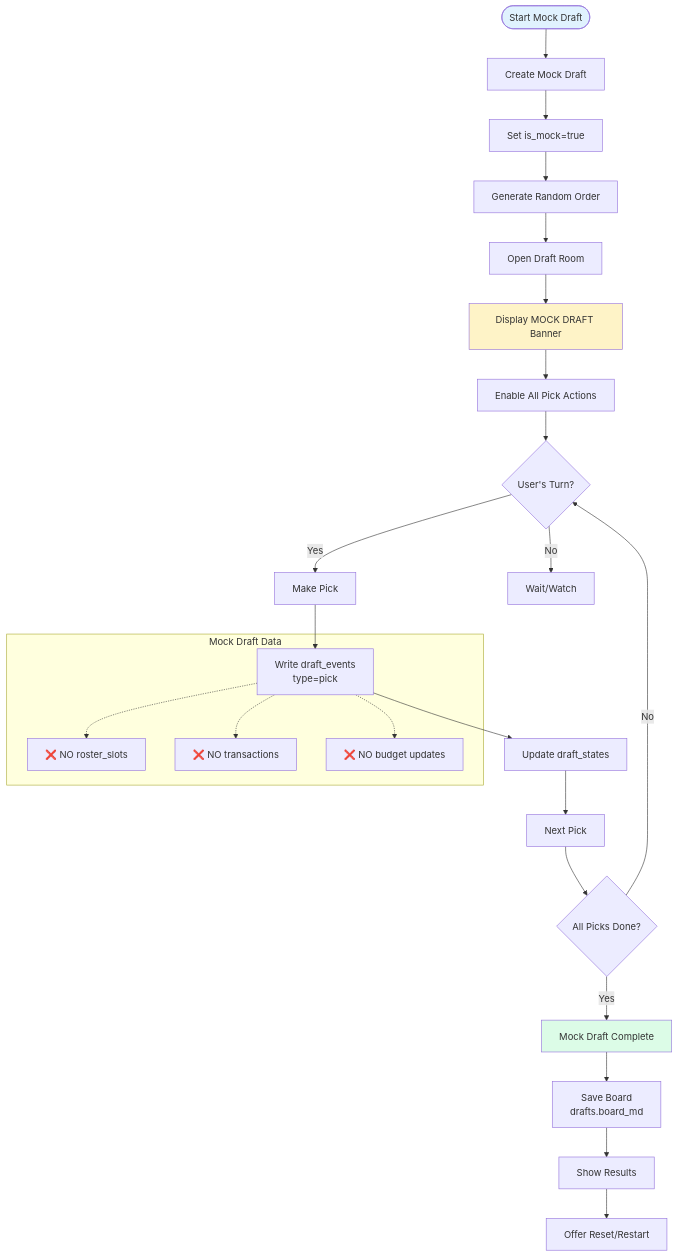
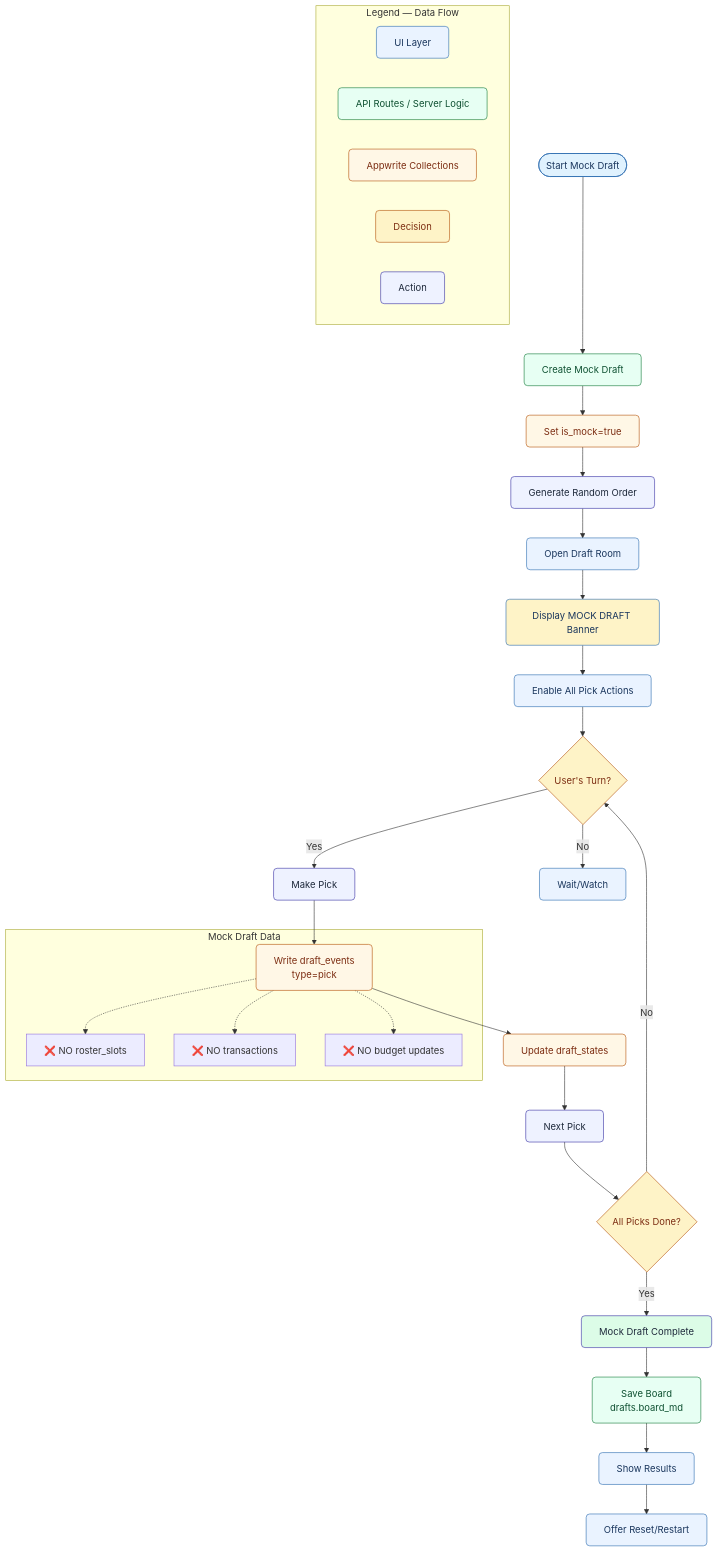
Before and after one commit to kpm34/college-football-fantasy-app: the first of 3 diagrams in docs/diagrams/functional-flow/draft.md, drawn with Mermaid. The commit also changed other lines of this file and 67 other files, not shown here.

Commit message:
refactor(schema): remove leagues.draftStatus from SSOT; rely on drafts/draft_states; fix drafting logic; autopick writes draft_picks

````diff
--- a/docs/diagrams/functional-flow/draft.md
+++ b/docs/diagrams/functional-flow/draft.md
@@ -17,36 +17,59 @@
 ```mermaid
+%%{init: {
+%%  'theme': 'base',
+%%  'themeVariables': {
+%%    'background': '#ffffff',
+%%    'primaryTextColor': '#0f172a',
+%%    'lineColor': '#64748b',
+%%    'fontFamily': 'system-ui, Segoe UI, Roboto, Helvetica, Arial, "Apple Color Emoji", "Segoe UI Emoji"'
+%%  }
+%%}}%%
 flowchart TD
-    StartMock([Start Mock Draft]) --> CreateMock[Create Mock Draft]
-    CreateMock --> SetMockFlag[Set is_mock=true]
-    SetMockFlag --> GenerateOrder[Generate Random Order]
-    GenerateOrder --> OpenRoom[Open Draft Room]
+    classDef ui fill:#eaf3ff,stroke:#2b6cb0,color:#1a365d,rx:6,ry:6
+    classDef api fill:#e7fff3,stroke:#117a37,color:#0f5132,rx:6,ry:6
+    classDef db fill:#fff7e6,stroke:#b45309,color:#7c2d12,rx:6,ry:6
+    classDef decision fill:#fef3c7,stroke:#b45309,color:#7c2d12,rx:6,ry:6
+    classDef action fill:#eef2ff,stroke:#3730a3,color:#1e293b,rx:6,ry:6
+    StartMock([Start Mock Draft]):::ui --> CreateMock[Create Mock Draft]:::api
+    CreateMock --> SetMockFlag[Set is_mock=true]:::db
+    SetMockFlag --> GenerateOrder[Generate Random Order]:::action
+    GenerateOrder --> OpenRoom[Open Draft Room]:::ui
     
-    OpenRoom --> MockBanner[Display MOCK DRAFT Banner]
-    MockBanner --> EnablePicks[Enable All Pick Actions]
+    OpenRoom --> MockBanner[Display MOCK DRAFT Banner]:::ui
+    MockBanner --> EnablePicks[Enable All Pick Actions]:::ui
     
-    EnablePicks --> UserPick{User's Turn?}
-    UserPick -->|Yes| MakePick[Make Pick]
-    UserPick -->|No| WaitTurn[Wait/Watch]
+    EnablePicks --> UserPick{User's Turn?}:::decision
+    UserPick -->|Yes| MakePick[Make Pick]:::action
+    UserPick -->|No| WaitTurn[Wait/Watch]:::ui
     
-    MakePick --> WriteMockEvent[Write draft_events<br/>type=pick]
-    WriteMockEvent --> UpdateMockState[Update draft_states]
-    UpdateMockState --> NextPick[Next Pick]
+    MakePick --> WriteMockEvent[Write draft_events<br/>type=pick]:::db
+    WriteMockEvent --> UpdateMockState[Update draft_states]:::db
+    UpdateMockState --> NextPick[Next Pick]:::action
     
-    NextPick --> CheckComplete{All Picks Done?}
+    NextPick --> CheckComplete{All Picks Done?}:::decision
     CheckComplete -->|No| UserPick
-    CheckComplete -->|Yes| MockComplete[Mock Draft Complete]
+    CheckComplete -->|Yes| MockComplete[Mock Draft Complete]:::action
     
-    MockComplete --> SaveBoard[Save Board<br/>drafts.board_md]
-    SaveBoard --> ShowResults[Show Results]
-    ShowResults --> ResetOption[Offer Reset/Restart]
+    MockComplete --> SaveBoard[Save Board<br/>drafts.board_md]:::api
+    SaveBoard --> ShowResults[Show Results]:::ui
+    ShowResults --> ResetOption[Offer Reset/Restart]:::ui
     
     subgraph "Mock Draft Data"
         WriteMockEvent -.-> NR1[❌ NO roster_slots]
         WriteMockEvent -.-> NR2[❌ NO transactions]
         WriteMockEvent -.-> NR3[❌ NO budget updates]
     end
     
+    %% Legend
+    subgraph "Legend — Data Flow"
+      UI[UI Layer]:::ui
+      API[API Routes / Server Logic]:::api
+      DB[Appwrite Collections]:::db
+      DEC[Decision]:::decision
+      ACT[Action]:::action
+    end
+
     style StartMock fill:#e0f2fe
     style MockBanner fill:#fef3c7
     style MockComplete fill:#dcfce7
 ```
````
